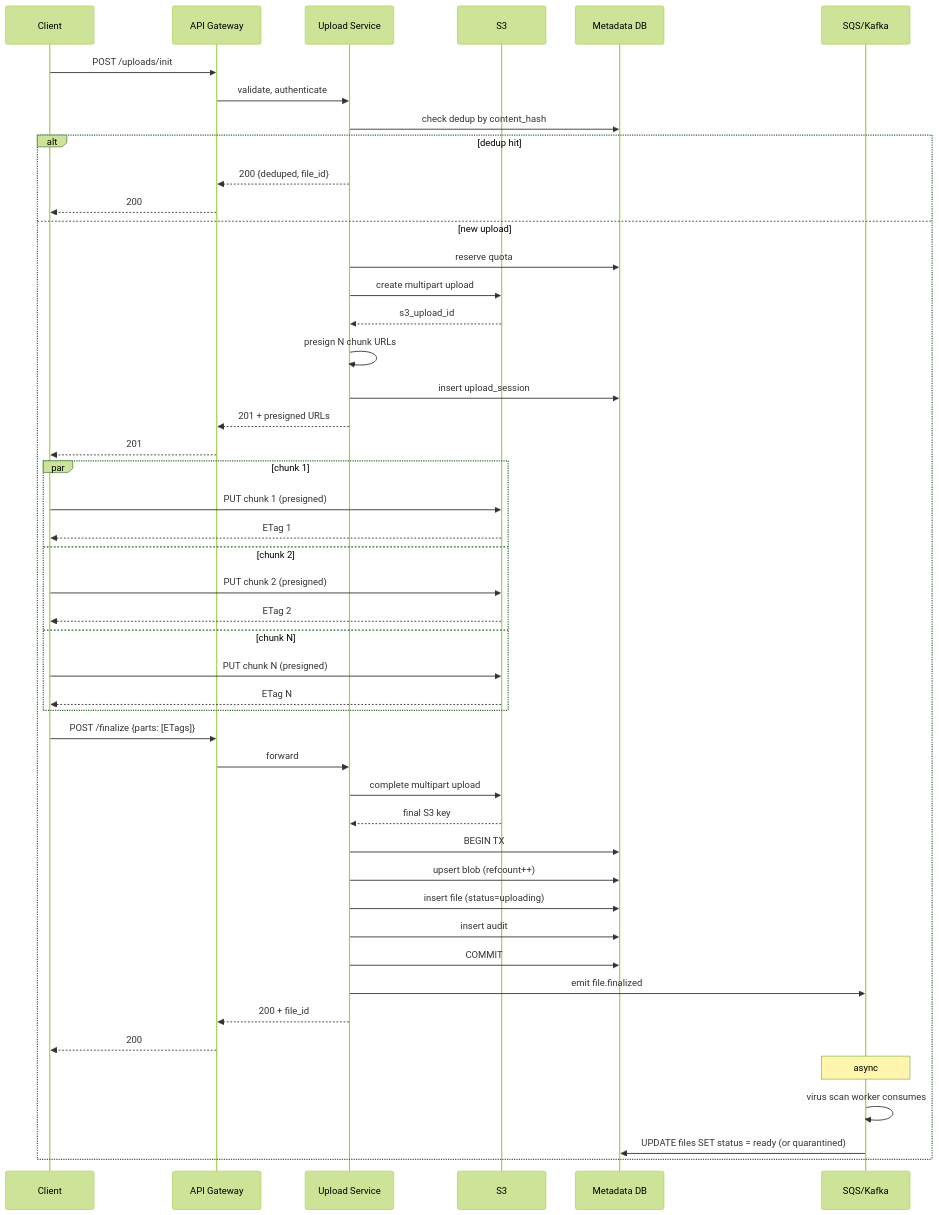
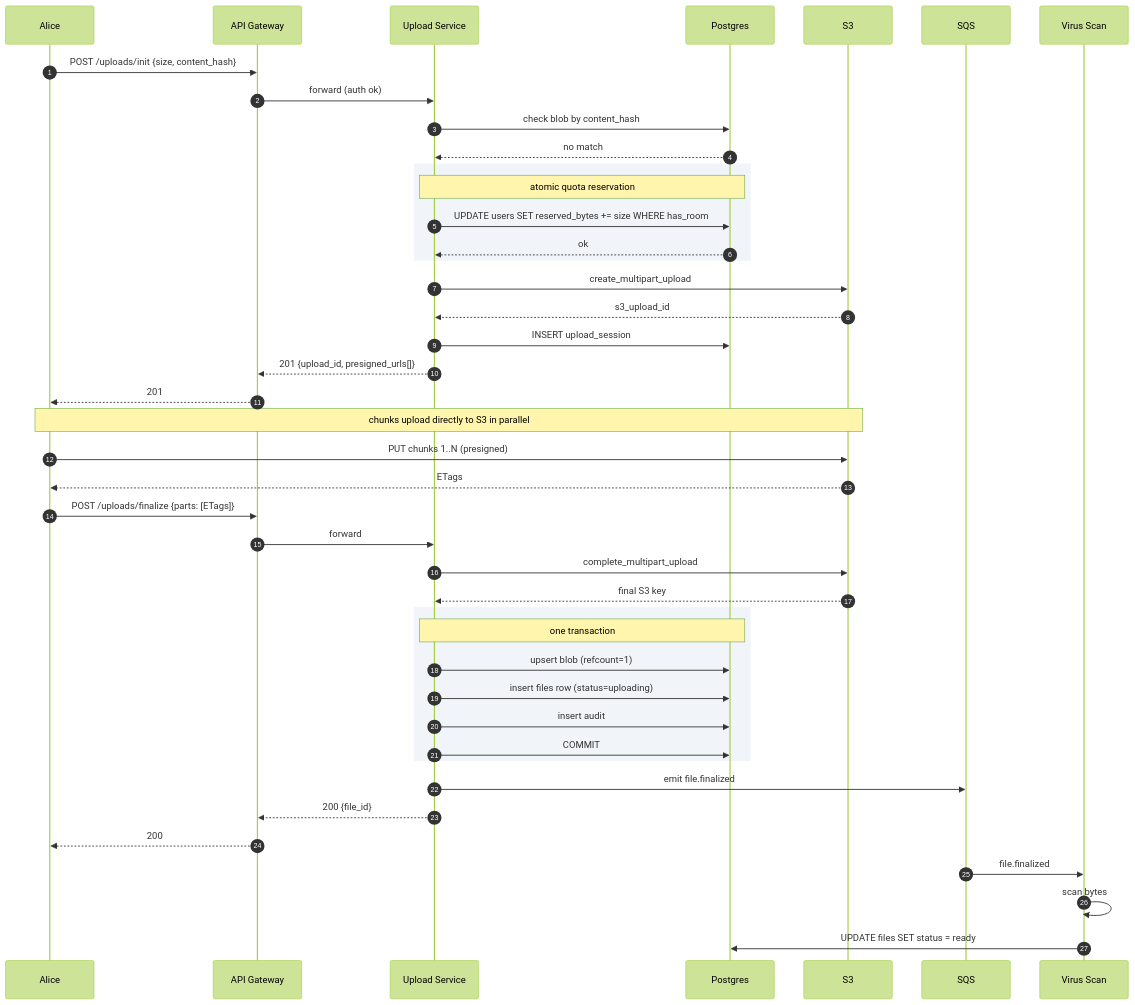
One commit to shiningflash/system-design changed the third of 5 diagrams in problems/020-file-upload-share/solution.md. Above: the diagram before and after it, drawn with Mermaid (forest theme). The commit also changed other lines of this file and 38 other files, not shown here.

````diff
--- a/problems/020-file-upload-share/solution.md
+++ b/problems/020-file-upload-share/solution.md
@@ -329,54 +367,53 @@
 ```mermaid
 sequenceDiagram
-    participant C as Client
-    participant API as API Gateway
+    autonumber
+    participant Alice
+    participant GW as API Gateway
     participant US as Upload Service
-    participant S3 as S3
-    participant DB as Metadata DB
-    participant Q as SQS/Kafka
+    participant DB as Postgres
+    participant S3
+    participant Q as SQS
+    participant VS as Virus Scan
 
-    C->>API: POST /uploads/init
-    API->>US: validate, authenticate
-    US->>DB: check dedup by content_hash
+    Alice->>GW: POST /uploads/init {size, content_hash}
+    GW->>US: forward (auth ok)
+    US->>DB: check blob by content_hash
+    DB-->>US: no match
 
-    alt dedup hit
-        US-->>API: 200 {deduped, file_id}
-        API-->>C: 200
-    else new upload
-        US->>DB: reserve quota
-        US->>S3: create multipart upload
-        S3-->>US: s3_upload_id
-        US->>US: presign N chunk URLs
-        US->>DB: insert upload_session
-        US-->>API: 201 + presigned URLs
-        API-->>C: 201
+    rect rgb(241, 245, 249)
+        Note over US,DB: atomic quota reservation
+        US->>DB: UPDATE users SET reserved_bytes += size WHERE has_room
+        DB-->>US: ok
+    end
 
-        par chunk 1
-            C->>S3: PUT chunk 1 (presigned)
-            S3-->>C: ETag 1
-        and chunk 2
-            C->>S3: PUT chunk 2 (presigned)
-            S3-->>C: ETag 2
-        and chunk N
-            C->>S3: PUT chunk N (presigned)
-            S3-->>C: ETag N
-        end
+    US->>S3: create_multipart_upload
+    S3-->>US: s3_upload_id
+    US->>DB: INSERT upload_session
+    US-->>GW: 201 {upload_id, presigned_urls[]}
+    GW-->>Alice: 201
 
-        C->>API: POST /finalize {parts: [ETags]}
-        API->>US: forward
-        US->>S3: complete multipart upload
-        S3-->>US: final S3 key
-        US->>DB: BEGIN TX
-        US->>DB: upsert blob (refcount++)
-        US->>DB: insert file (status=uploading)
+    Note over Alice,S3: chunks upload directly to S3 in parallel
+    Alice->>S3: PUT chunks 1..N (presigned)
+    S3-->>Alice: ETags
+
+    Alice->>GW: POST /uploads/finalize {parts: [ETags]}
+    GW->>US: forward
+    US->>S3: complete_multipart_upload
+    S3-->>US: final S3 key
+
+    rect rgb(241, 245, 249)
+        Note over US,DB: one transaction
+        US->>DB: upsert blob (refcount=1)
+        US->>DB: insert files row (status=uploading)
         US->>DB: insert audit
         US->>DB: COMMIT
-        US->>Q: emit file.finalized
-        US-->>API: 200 + file_id
-        API-->>C: 200
+    end
 
-        Note over Q: async
-        Q->>Q: virus scan worker consumes
-        Q->>DB: UPDATE files SET status = ready (or quarantined)
-    end
+    US->>Q: emit file.finalized
+    US-->>GW: 200 {file_id}
+    GW-->>Alice: 200
+
+    Q->>VS: file.finalized
+    VS->>VS: scan bytes
+    VS->>DB: UPDATE files SET status = ready
 ```
````
